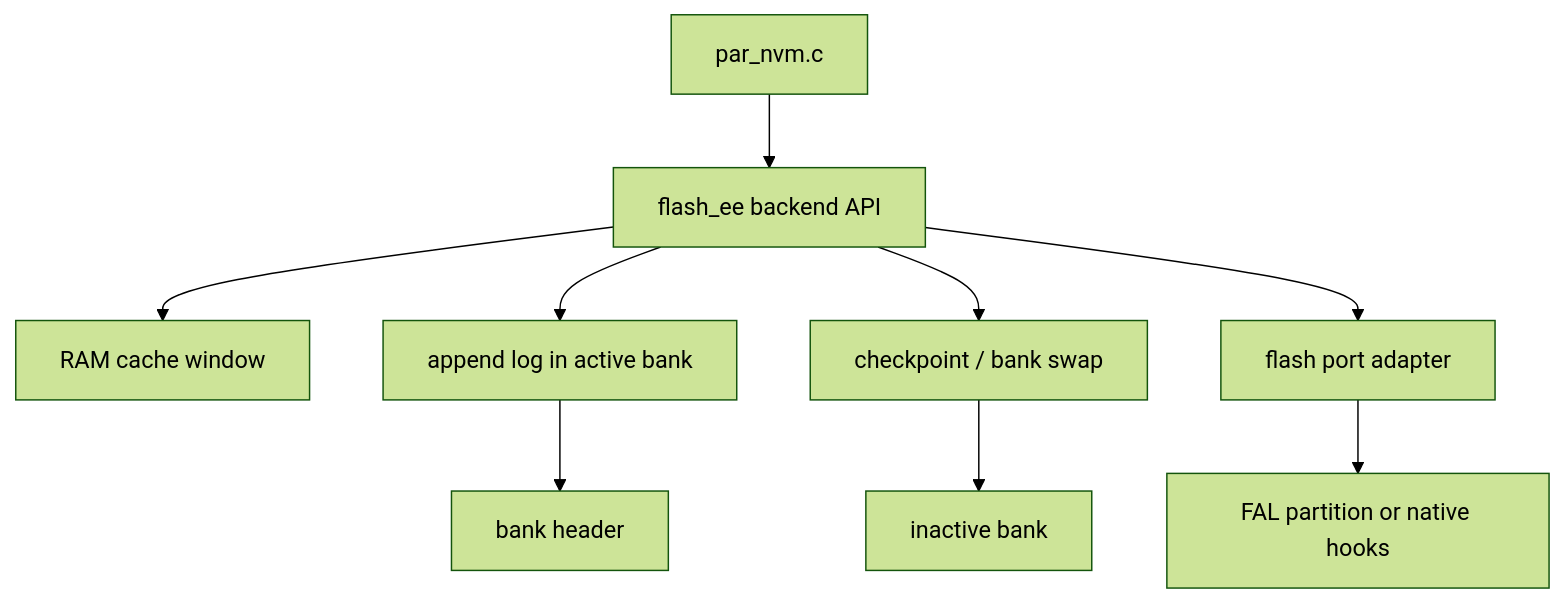
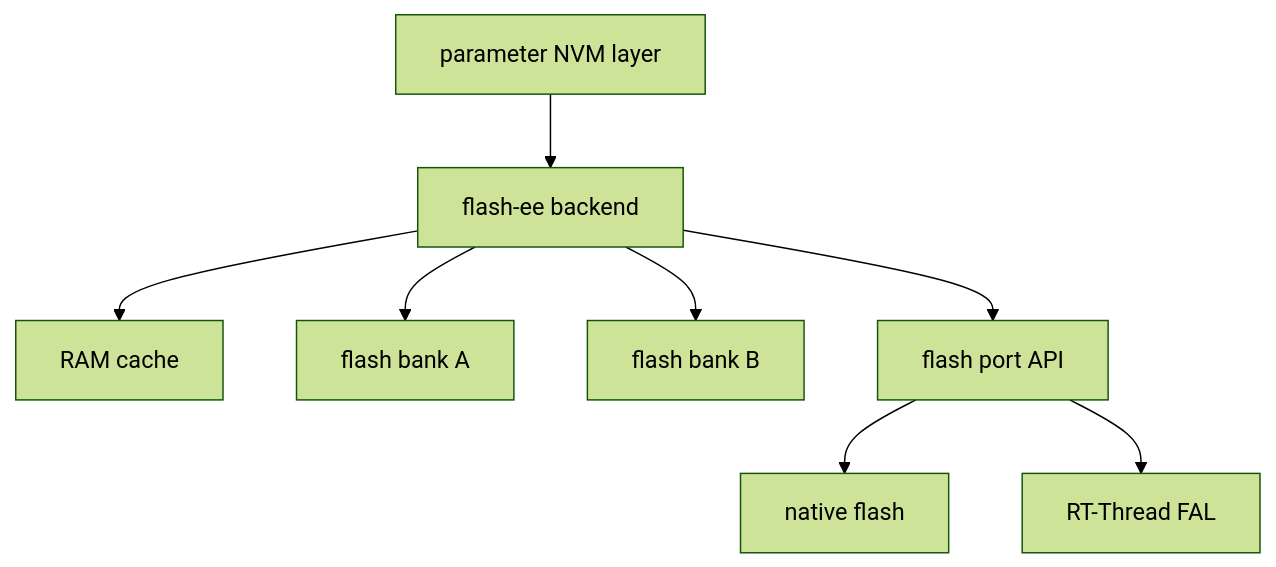
Before and after one commit to wdfk-prog/autogen_parameter_manager: the first of 2 diagrams in parameters/docs/flash-ee-backend-design.md, drawn with Mermaid (forest theme). The commit also changed other lines of this file and 22 other files, not shown here.

````diff
--- a/parameters/docs/flash-ee-backend-design.md
+++ b/parameters/docs/flash-ee-backend-design.md
@@ -13,11 +13,10 @@
 ```mermaid
 flowchart TD
-    A[par_nvm.c] --> B[flash_ee backend API]
-    B --> C[RAM cache window]
-    B --> D[append log in active bank]
-    D --> E[bank header]
-    B --> F[checkpoint / bank swap]
-    F --> G[inactive bank]
-    B --> H[flash port adapter]
-    H --> I[FAL partition or native hooks]
+    ParNvm[parameter NVM layer] --> Backend[flash-ee backend]
+    Backend --> Cache[RAM cache]
+    Backend --> BankA[flash bank A]
+    Backend --> BankB[flash bank B]
+    Backend --> Port[flash port API]
+    Port --> Native[native flash]
+    Port --> FAL[RT-Thread FAL]
 ```
````
